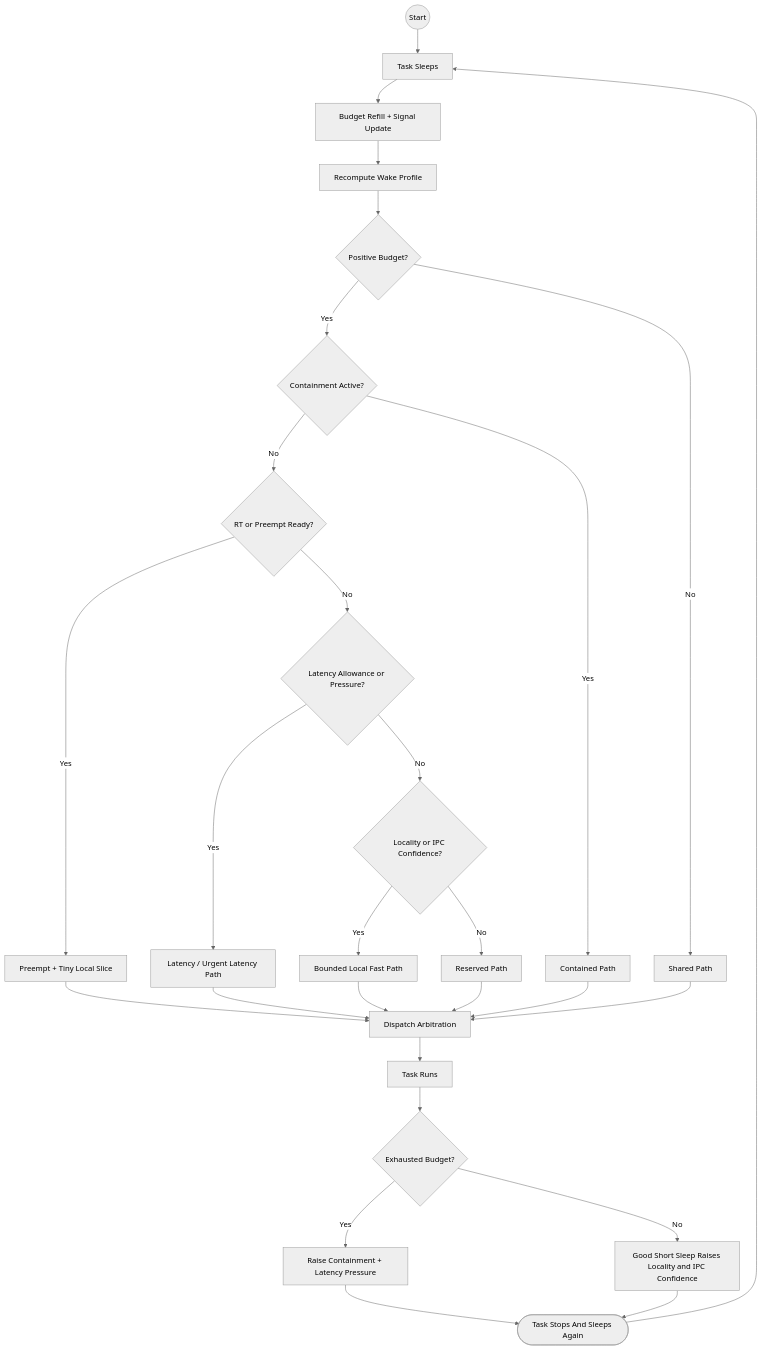
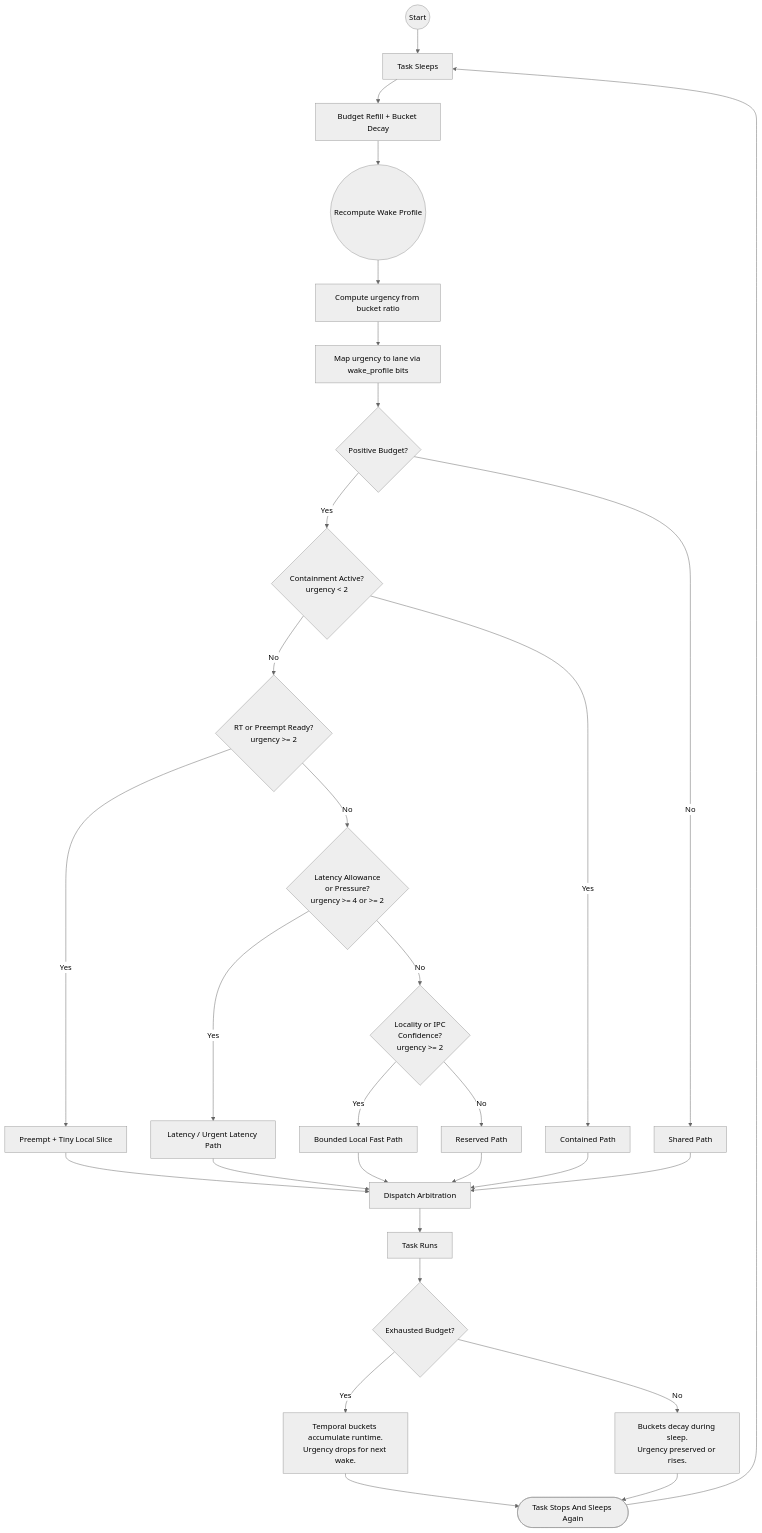
The diagram in README.md (galpt/testing-scx_flow), drawn with Mermaid (neutral theme) before and after one commit. The commit also changed other lines of this file, not shown here.

First line of the commit message:
README: Update mermaid diagram and explanation for v2.3.0 temporal budget

````diff
--- a/README.md
+++ b/README.md
@@ -26,39 +34,41 @@
 ```mermaid
 flowchart TD
     Start((Start)) --> A[Task Sleeps]
-    A --> B[Budget Refill + Signal Update]
-    B --> C[Recompute Wake Profile]
-    C --> D{Positive Budget?}
+    A --> B[Budget Refill + Bucket Decay]
+    B --> C((Recompute Wake Profile))
+    C --> C1[Compute urgency from bucket ratio]
+    C1 --> C2[Map urgency to lane via wake_profile bits]
+    C2 --> D{Positive Budget?}
 
     D -- No --> Shared[Shared Path]
-    D -- Yes --> E{Containment Active?}
+    D -- Yes --> E{Containment Active?\nurgency < 2}
 
     E -- Yes --> Contained[Contained Path]
-    E -- No --> F{RT or Preempt Ready?}
+    E -- No --> F{RT or Preempt Ready?\nurgency >= 2}
 
     F -- Yes --> RT[Preempt + Tiny Local Slice]
-    F -- No --> G{Latency Allowance or Pressure?}
+    F -- No --> G{Latency Allowance\nor Pressure?\nurgency >= 4 or >= 2}
 
     G -- Yes --> Latency[Latency / Urgent Latency Path]
-    G -- No --> H{Locality or IPC Confidence?}
+    G -- No --> H{Locality or IPC\nConfidence?\nurgency >= 2}
 
     H -- Yes --> Local[Bounded Local Fast Path]
     H -- No --> Reserved[Reserved Path]
 
     RT --> Dispatch[Dispatch Arbitration]
     Latency --> Dispatch
     Local --> Dispatch
     Reserved --> Dispatch
     Contained --> Dispatch
     Shared --> Dispatch
 
     Dispatch --> Run[Task Runs]
     Run --> I{Exhausted Budget?}
 
-    I -- Yes --> Bad[Raise Containment + Latency Pressure]
-    I -- No --> Good[Good Short Sleep Raises Locality and IPC Confidence]
+    I -- Yes --> Bad[Temporal buckets accumulate runtime.\nUrgency drops for next wake.]
+    I -- No --> Good[Buckets decay during sleep.\nUrgency preserved or rises.]
 
     Bad --> EndCycle([Task Stops And Sleeps Again])
     Good --> EndCycle
     EndCycle --> A
 ```
````
